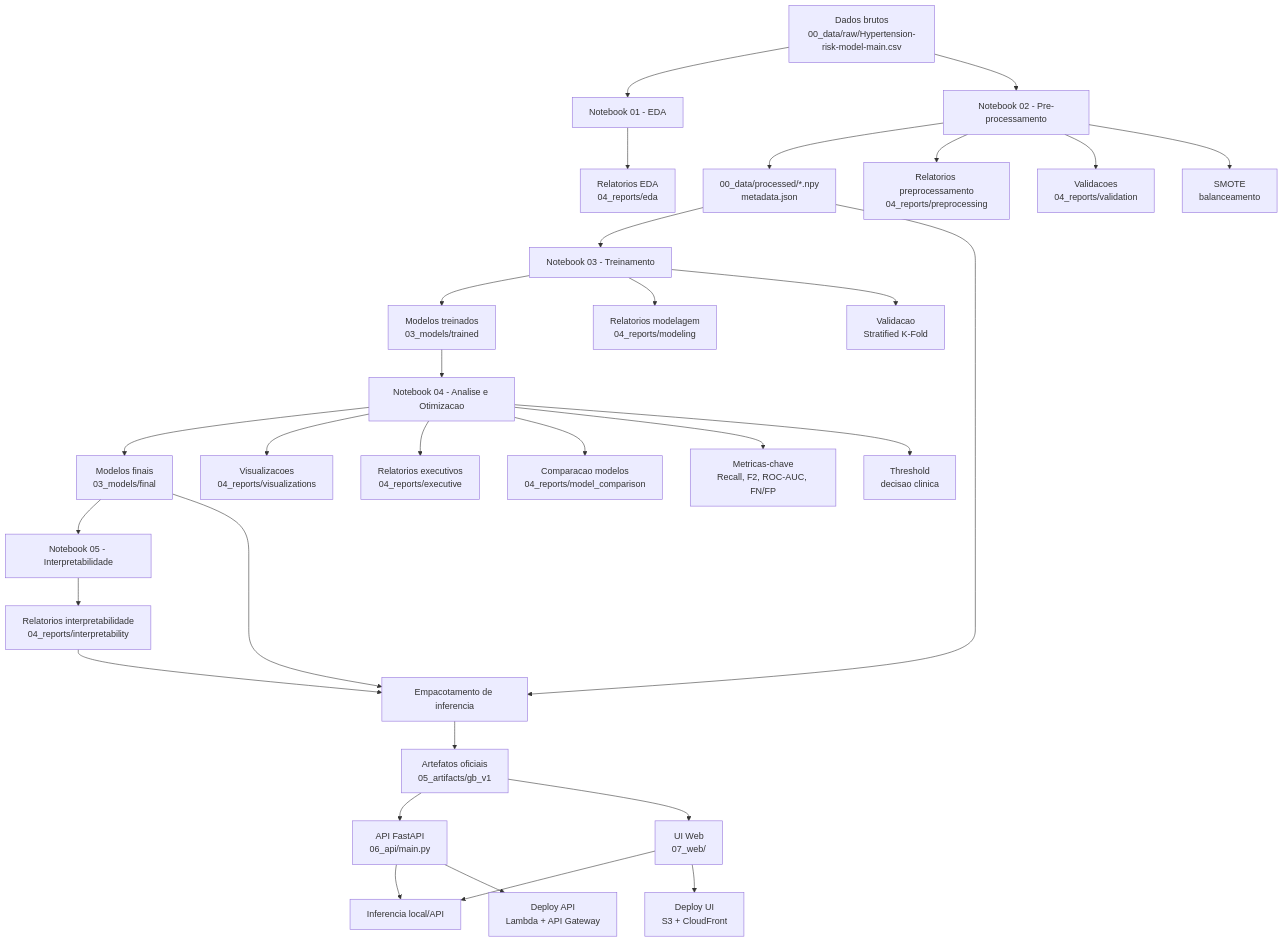
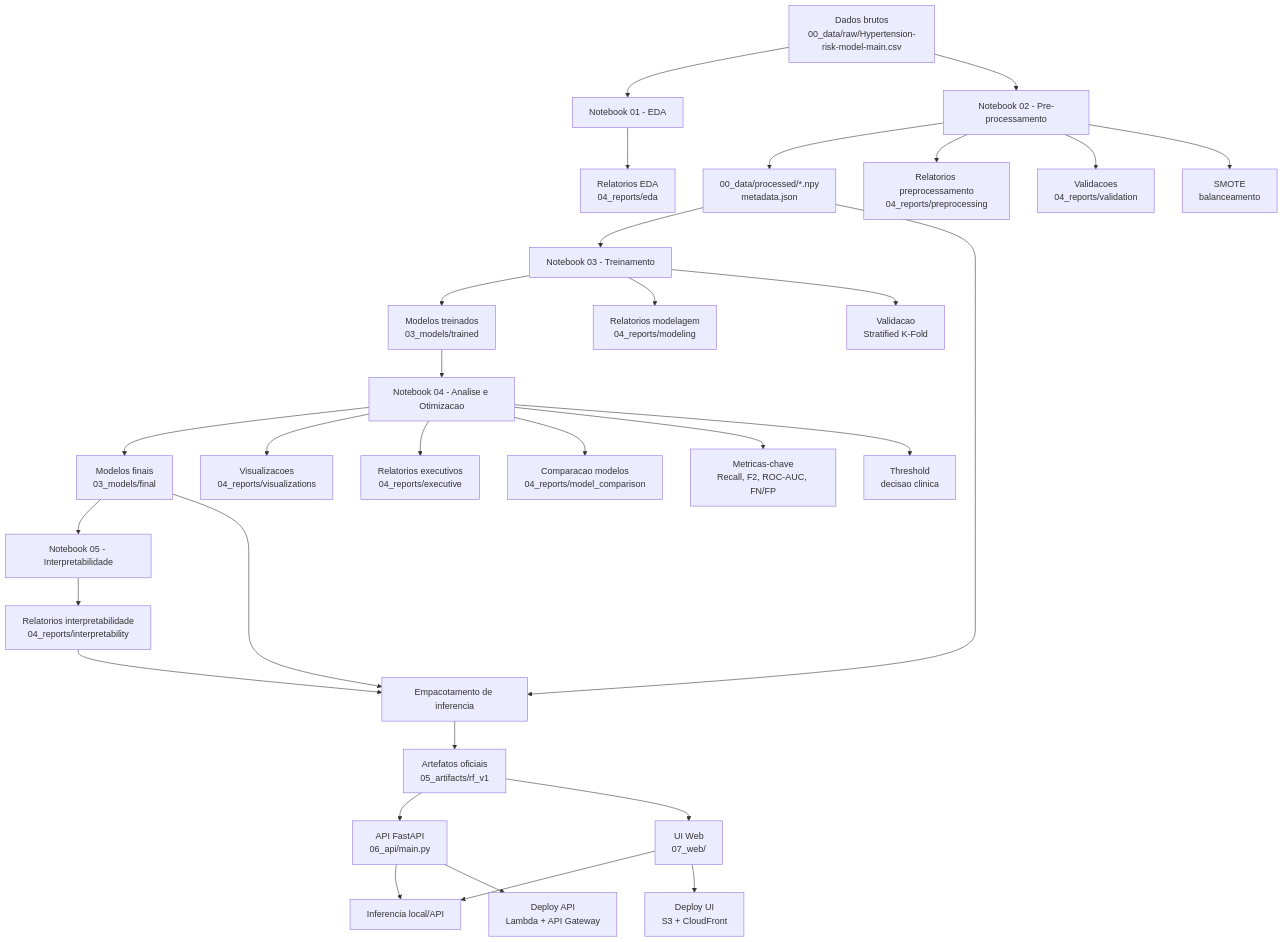
The diagram in README.md (anderson-ferreira-83/Hyperten_ML), drawn with Mermaid before and after one commit. The commit also changed other lines of this file and 10 other files, not shown here.

````diff
--- a/README.md
+++ b/README.md
@@ -286,38 +286,38 @@
 ```mermaid
 flowchart TB
   A[Dados brutos<br/>00_data/raw/Hypertension-risk-model-main.csv] --> B[Notebook 01 - EDA]
   B --> R1[Relatorios EDA<br/>04_reports/eda]
   A --> C[Notebook 02 - Pre-processamento]
   C --> D[00_data/processed/*.npy<br/>metadata.json]
   C --> R2[Relatorios preprocessamento<br/>04_reports/preprocessing]
   C --> R3[Validacoes<br/>04_reports/validation]
   C --> O[SMOTE<br/>balanceamento]
 
   D --> E[Notebook 03 - Treinamento]
   E --> M1[Modelos treinados<br/>03_models/trained]
   E --> R4[Relatorios modelagem<br/>04_reports/modeling]
   E --> P[Validacao<br/>Stratified K-Fold]
 
   M1 --> F[Notebook 04 - Analise e Otimizacao]
   F --> M2[Modelos finais<br/>03_models/final]
   F --> R5[Visualizacoes<br/>04_reports/visualizations]
   F --> R6[Relatorios executivos<br/>04_reports/executive]
   F --> R7[Comparacao modelos<br/>04_reports/model_comparison]
   F --> Q[Metricas-chave<br/>Recall, F2, ROC-AUC, FN/FP]
 
   M2 --> G[Notebook 05 - Interpretabilidade]
   G --> R8[Relatorios interpretabilidade<br/>04_reports/interpretability]
 
   M2 --> H[Empacotamento de inferencia]
   D --> H
   R8 --> H
-  H --> I[Artefatos oficiais<br/>05_artifacts/gb_v1]
+  H --> I[Artefatos oficiais<br/>05_artifacts/rf_v1]
 
   I --> J[API FastAPI<br/>06_api/main.py]
   I --> K[UI Web<br/>07_web/]
   J --> L[Inferencia local/API]
   K --> L
   J --> M[Deploy API<br/>Lambda + API Gateway]
   K --> N[Deploy UI<br/>S3 + CloudFront]
   F --> R[Threshold<br/>decisao clinica]
 ```
````
